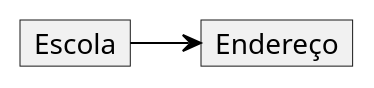
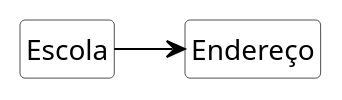
Before and after one commit to kyriosdata/oo: the diagram in imagens/modelos-01/imagem-03/mod01ima03.plantuml, drawn with PlantUML. The commit also changed 5 other files, not shown here.

```diff
--- a/imagens/modelos-01/imagem-03/mod01ima03.plantuml
+++ b/imagens/modelos-01/imagem-03/mod01ima03.plantuml
@@ -1,16 +1,16 @@
 @startuml mod01ima03
 
 hide circle
 hide methods
 hide empty members
 
 skinparam class {
     BackgroundColor White
     ArrowColor Black
     BorderColor #505050
 }
 
-object "Escola" as o1
-object "Endereço" as o2
+class "Escola" as o1
+class "Endereço" as o2
 o1->o2
 @enduml
```
